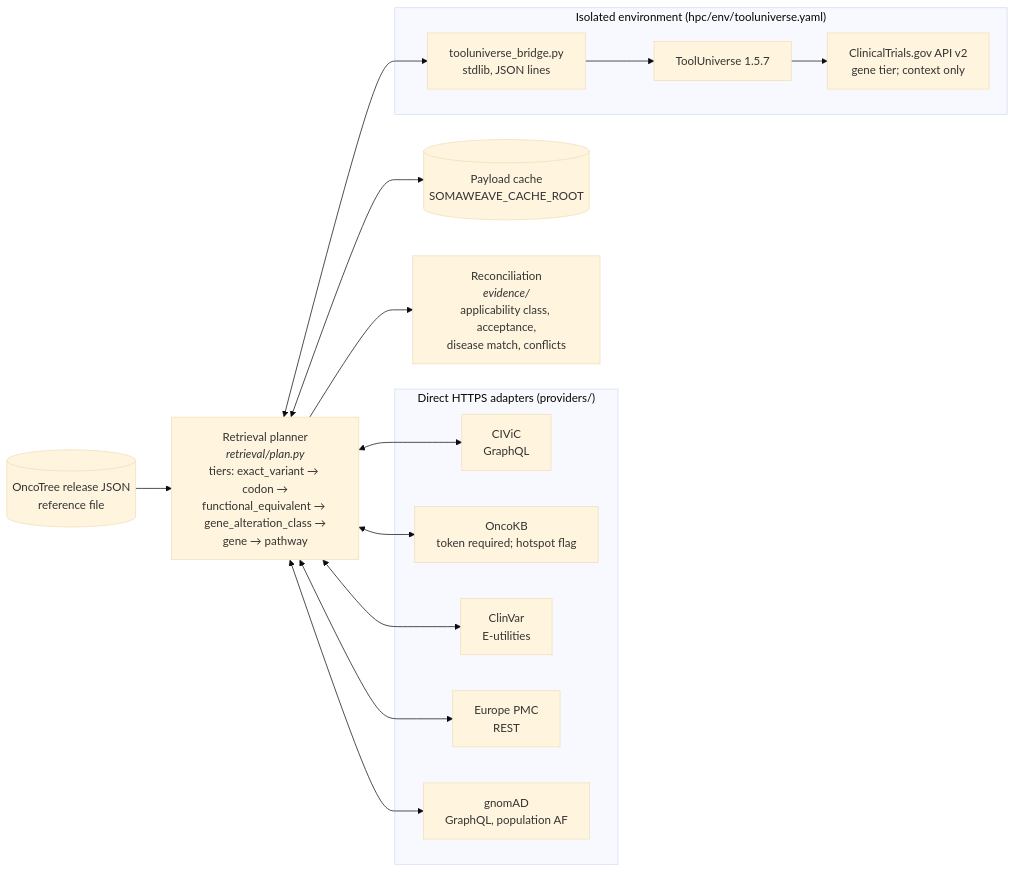
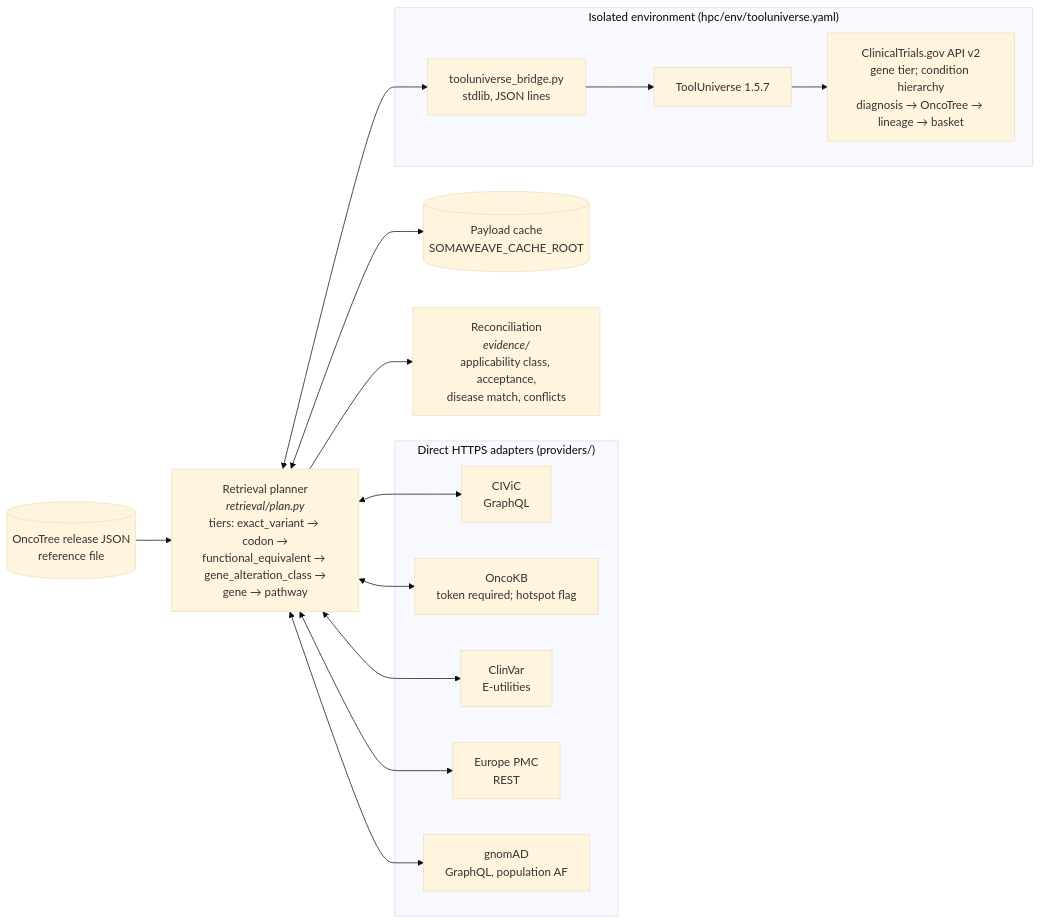
The fourth of 6 diagrams in README.md (hamidghaedi/SomaWeave), drawn with Mermaid (base theme) before and after one commit. The commit also changed 9 other files, not shown here.

First line of the commit message:
Query clinical-trial registry through a condition hierarchy

````diff
--- a/README.md
+++ b/README.md
@@ -74,23 +74,23 @@
 ```mermaid
 flowchart LR
     plan["Retrieval planner<br/><i>retrieval/plan.py</i><br/>tiers: exact_variant → codon →<br/>functional_equivalent → gene_alteration_class →<br/>gene → pathway"]
     cache[("Payload cache<br/>SOMAWEAVE_CACHE_ROOT")]
     oncotree[("OncoTree release JSON<br/>reference file")]
 
     subgraph direct["Direct HTTPS adapters (providers/)"]
         civic["CIViC<br/>GraphQL"]
         oncokb["OncoKB<br/>token required; hotspot flag"]
         clinvar["ClinVar<br/>E-utilities"]
         epmc["Europe PMC<br/>REST"]
         gnomad["gnomAD<br/>GraphQL, population AF"]
     end
     subgraph bridge["Isolated environment (hpc/env/tooluniverse.yaml)"]
-        tubr["tooluniverse_bridge.py<br/>stdlib, JSON lines"] --> tu["ToolUniverse 1.5.7"] --> ctg["ClinicalTrials.gov API v2<br/>gene tier; context only"]
+        tubr["tooluniverse_bridge.py<br/>stdlib, JSON lines"] --> tu["ToolUniverse 1.5.7"] --> ctg["ClinicalTrials.gov API v2<br/>gene tier; condition hierarchy<br/>diagnosis → OncoTree → lineage → basket"]
     end
 
     plan <--> cache
     plan <--> civic & oncokb & clinvar & epmc & gnomad
     plan <--> tubr
     oncotree --> plan
     plan --> rec["Reconciliation<br/><i>evidence/</i><br/>applicability class, acceptance,<br/>disease match, conflicts"]
 ```
````
